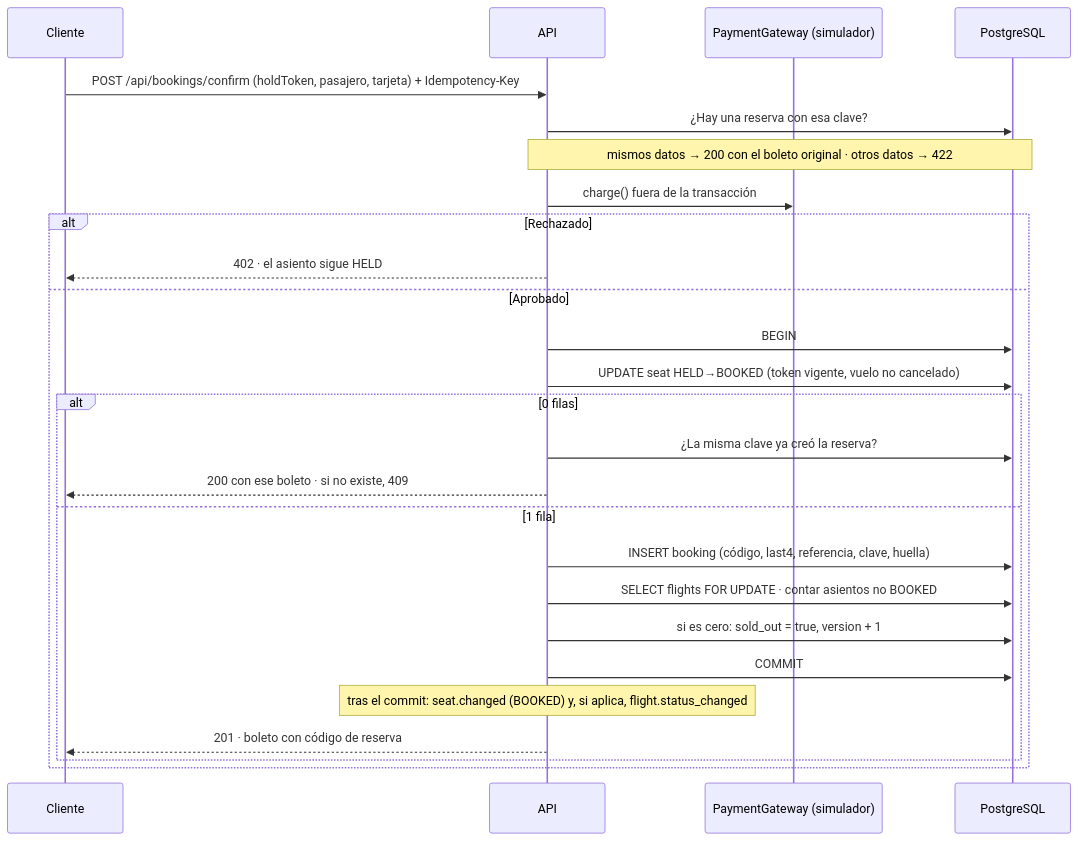
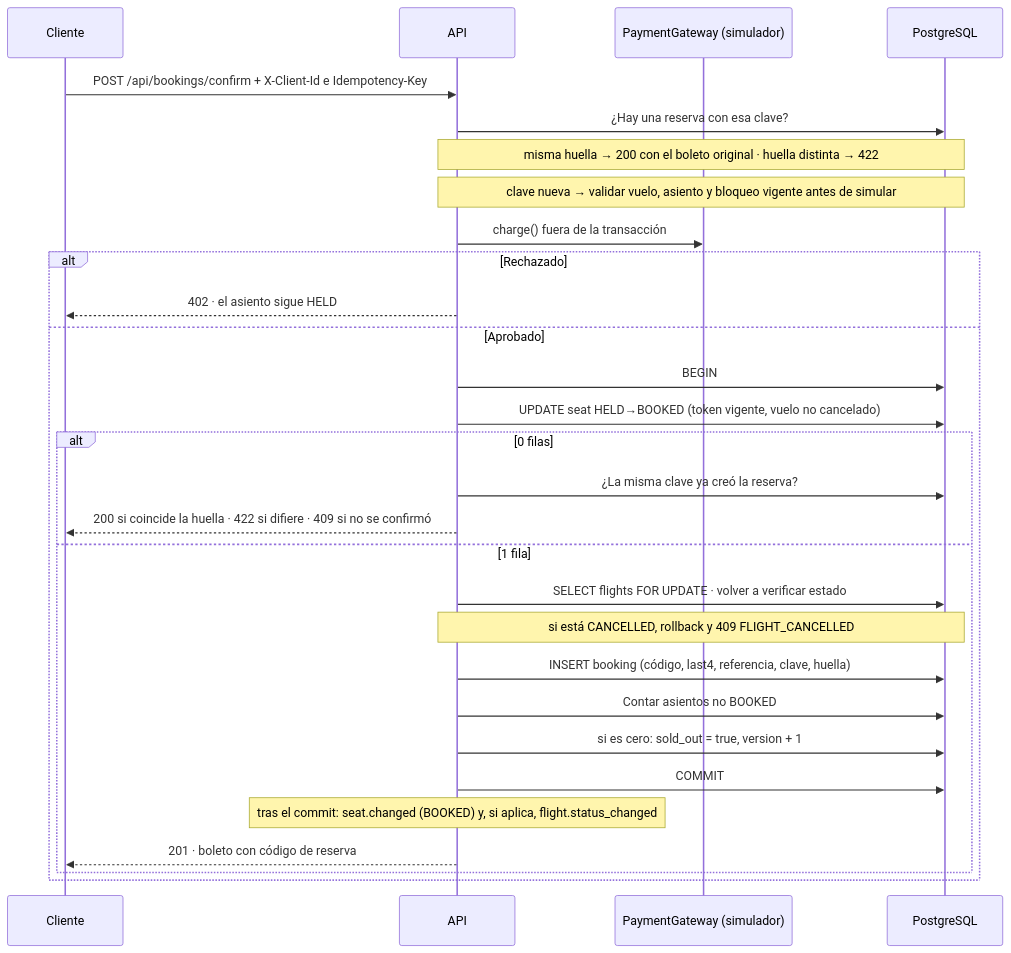
The third of 4 diagrams in docs/architecture.md (ingebatista/aeropulse-flight-booking), drawn with Mermaid before and after one commit. The commit also changed other lines of this file and 4 other files, not shown here.

````diff
--- a/docs/architecture.md
+++ b/docs/architecture.md
@@ -166,29 +179,32 @@
 ```mermaid
 sequenceDiagram
   participant U as Cliente
   participant API as API
   participant PG as PaymentGateway (simulador)
   participant DB as PostgreSQL
 
-  U->>API: POST /api/bookings/confirm (holdToken, pasajero, tarjeta) + Idempotency-Key
+  U->>API: POST /api/bookings/confirm + X-Client-Id e Idempotency-Key
   API->>DB: ¿Hay una reserva con esa clave?
-  Note over API,DB: mismos datos → 200 con el boleto original · otros datos → 422
+  Note over API,DB: misma huella → 200 con el boleto original · huella distinta → 422
+  Note over API,DB: clave nueva → validar vuelo, asiento y bloqueo vigente antes de simular
   API->>PG: charge() fuera de la transacción
   alt Rechazado
     API-->>U: 402 · el asiento sigue HELD
   else Aprobado
     API->>DB: BEGIN
     API->>DB: UPDATE seat HELD→BOOKED (token vigente, vuelo no cancelado)
     alt 0 filas
       API->>DB: ¿La misma clave ya creó la reserva?
-      API-->>U: 200 con ese boleto · si no existe, 409
+      API-->>U: 200 si coincide la huella · 422 si difiere · 409 si no se confirmó
     else 1 fila
+      API->>DB: SELECT flights FOR UPDATE · volver a verificar estado
+      Note over API,DB: si está CANCELLED, rollback y 409 FLIGHT_CANCELLED
       API->>DB: INSERT booking (código, last4, referencia, clave, huella)
-      API->>DB: SELECT flights FOR UPDATE · contar asientos no BOOKED
+      API->>DB: Contar asientos no BOOKED
       API->>DB: si es cero: sold_out = true, version + 1
       API->>DB: COMMIT
       Note over API: tras el commit: seat.changed (BOOKED) y, si aplica, flight.status_changed
       API-->>U: 201 · boleto con código de reserva
     end
   end
 ```
````
